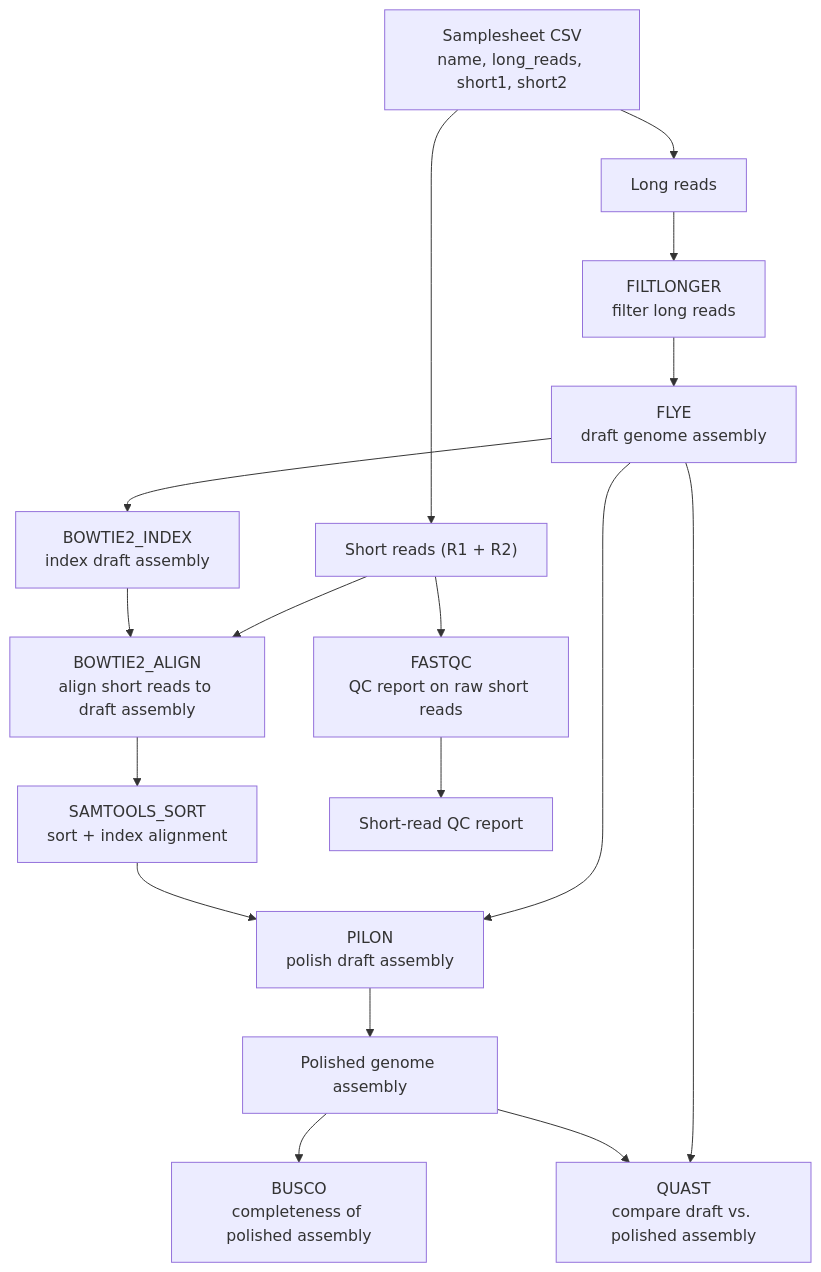
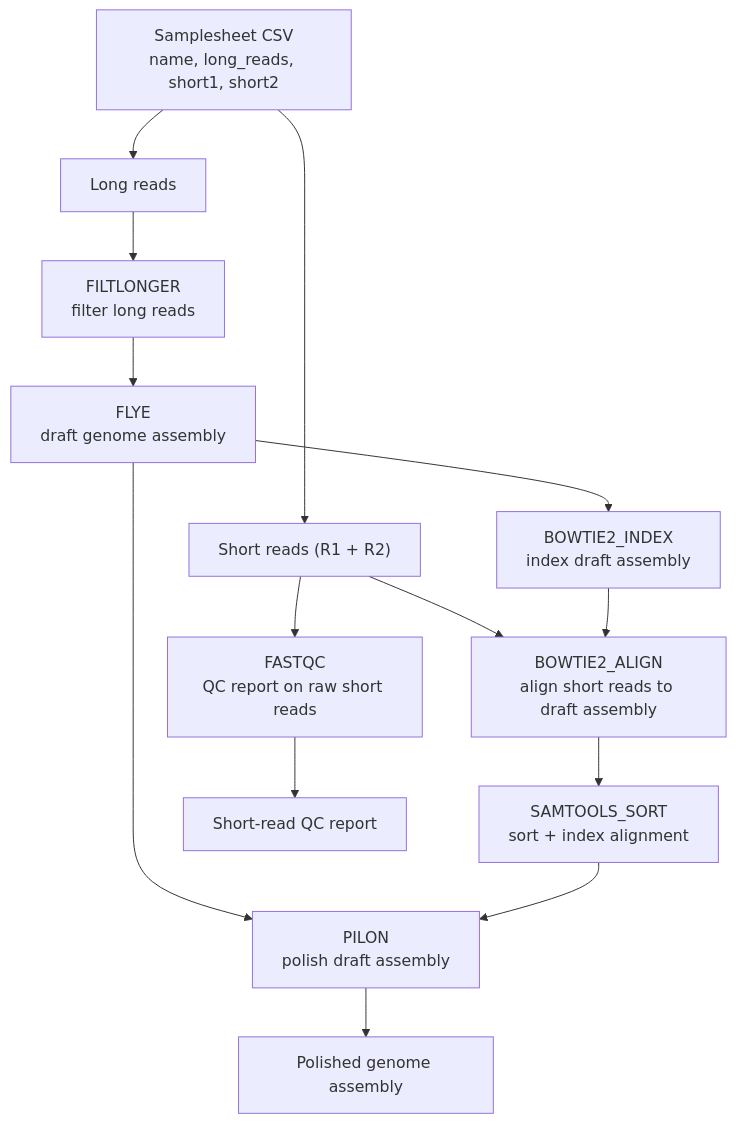
One commit to bu-cds-bf528/project1-week2-template changed the diagram in README.md. Above: the diagram before and after it, drawn with Mermaid.

Commit message:
chore: removes busco and quast from this weeks mermaid

````diff
--- a/README.md
+++ b/README.md
@@ -18,28 +18,24 @@
 ```mermaid
 flowchart TD
     CSV["Samplesheet CSV<br/>name, long_reads, short1, short2"]
 
     CSV --> LONG["Long reads"]
     CSV --> SHORT["Short reads (R1 + R2)"]
 
     SHORT --> FASTQC["FASTQC<br/>QC report on raw short reads"]
 
     LONG --> FILTLONGER["FILTLONGER<br/>filter long reads"]
     FILTLONGER --> FLYE["FLYE<br/>draft genome assembly"]
 
     FLYE --> BOWTIE2_INDEX["BOWTIE2_INDEX<br/>index draft assembly"]
     SHORT --> BOWTIE2_ALIGN["BOWTIE2_ALIGN<br/>align short reads to draft assembly"]
     BOWTIE2_INDEX --> BOWTIE2_ALIGN
 
     BOWTIE2_ALIGN --> SAMTOOLS_SORT["SAMTOOLS_SORT<br/>sort + index alignment"]
 
     FLYE --> PILON["PILON<br/>polish draft assembly"]
     SAMTOOLS_SORT --> PILON
 
     PILON --> POLISHED["Polished genome assembly"]
     FASTQC --> QCREPORT["Short-read QC report"]
-
-    POLISHED --> BUSCO["BUSCO<br/>completeness of polished assembly"]
-    FLYE --> QUAST["QUAST<br/>compare draft vs. polished assembly"]
-    POLISHED --> QUAST
 ```
````
